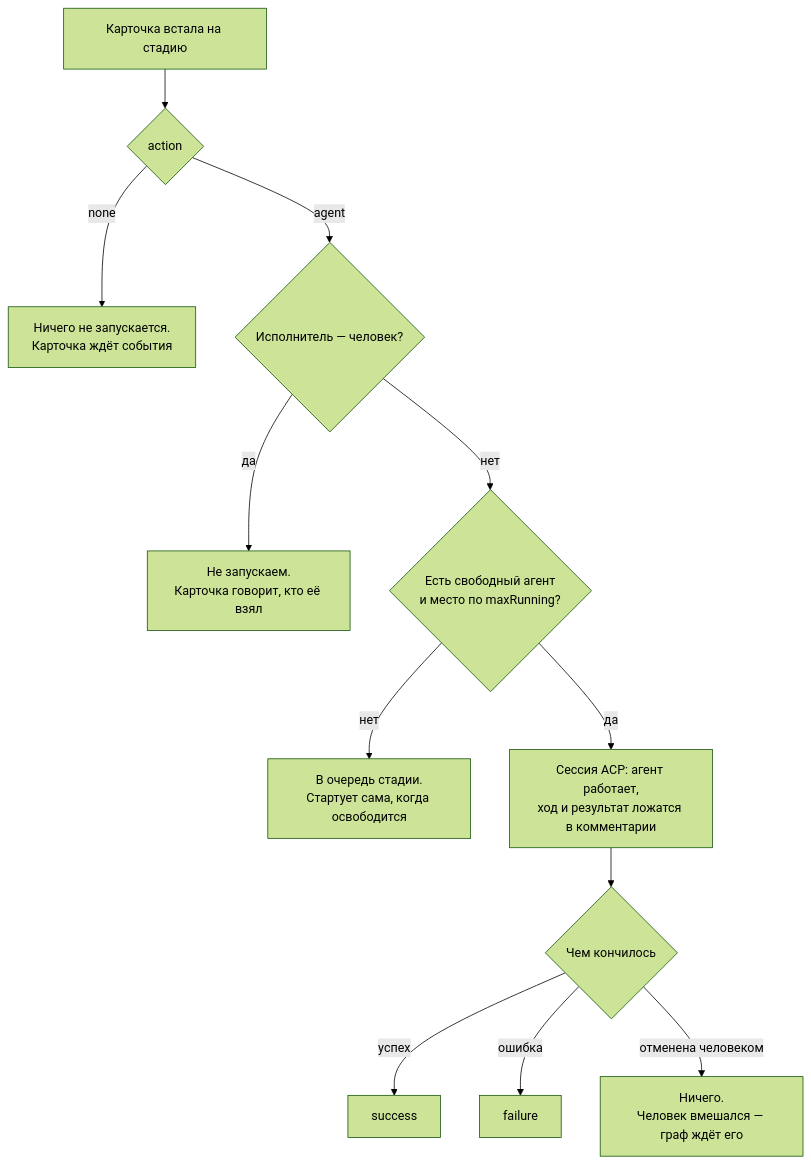
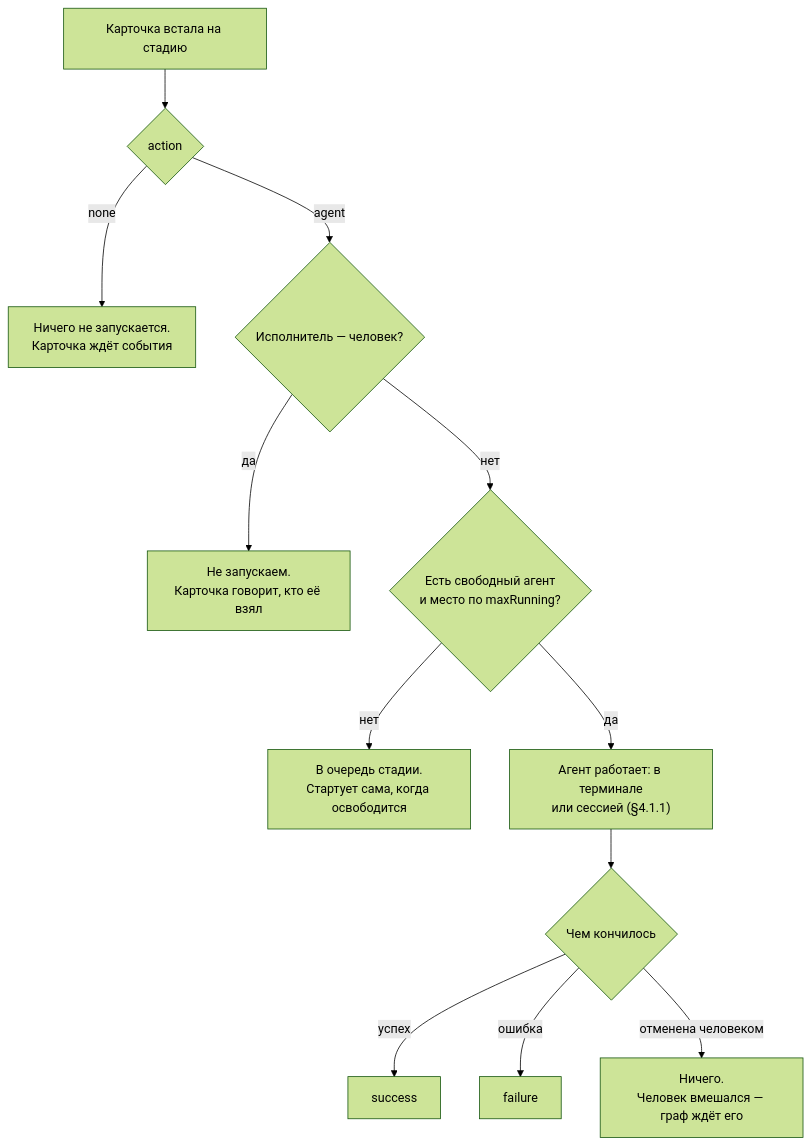
The third of 3 diagrams in docs/system.md (artipop/xxvi), drawn with Mermaid (forest theme) before and after one commit. The commit also changed other lines of this file and 1 other file, not shown here.

First line of the commit message:
флоу: стадия говорит, где работает агент — в терминале или сессией

````diff
--- a/docs/system.md
+++ b/docs/system.md
@@ -300,14 +359,14 @@
 ```mermaid
 flowchart TD
     A["Карточка встала на стадию"] --> B{"action"}
     B -- none --> Z["Ничего не запускается.<br/>Карточка ждёт события"]
     B -- agent --> C{"Исполнитель — человек?"}
     C -- да --> Y["Не запускаем.<br/>Карточка говорит, кто её взял"]
     C -- нет --> D{"Есть свободный агент<br/>и место по maxRunning?"}
     D -- нет --> Q["В очередь стадии.<br/>Стартует сама, когда освободится"]
-    D -- да --> E["Сессия ACP: агент работает,<br/>ход и результат ложатся в комментарии"]
+    D -- да --> E["Агент работает: в терминале<br/>или сессией (§4.1.1)"]
     E --> F{"Чем кончилось"}
     F -- успех --> S["success"]
     F -- ошибка --> FA["failure"]
     F -- отменена человеком --> N["Ничего.<br/>Человек вмешался — граф ждёт его"]
 ```
````
